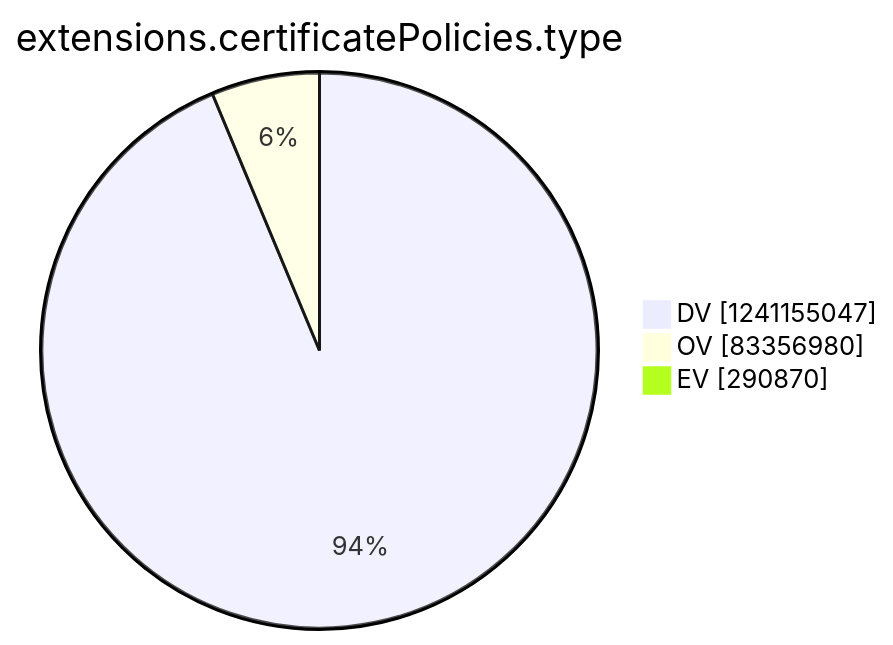
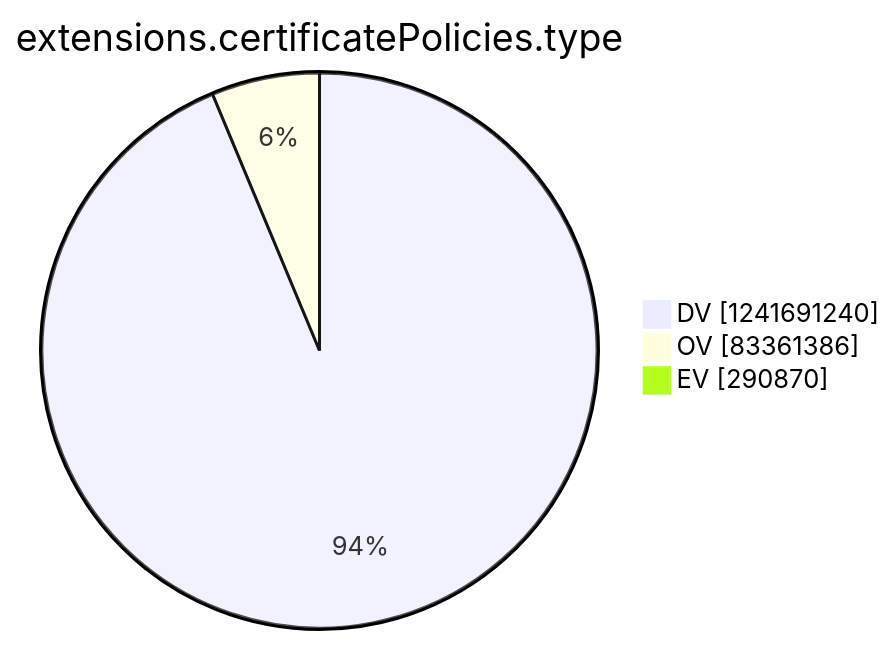
One commit to christiankrug/ctmonitor_visualization changed the tenth of 15 diagrams in argon2022/README.md. Above: the diagram before and after it, drawn with Mermaid. The commit also changed other lines of this file, not shown here.

````diff
--- a/argon2022/README.md
+++ b/argon2022/README.md
@@ -2771,7 +2771,7 @@
 ```mermaid
 pie showData
 title extensions.certificatePolicies.type
-"DV" :1241155047
-"OV" :83356980
+"DV" :1241691240
+"OV" :83361386
 "EV" :290870
 ```
````
